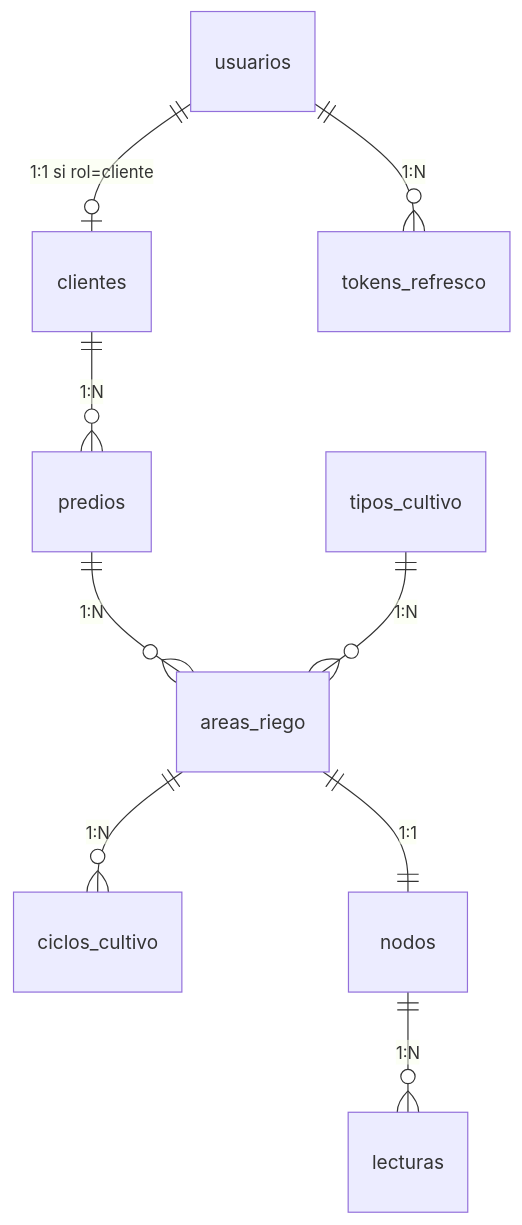
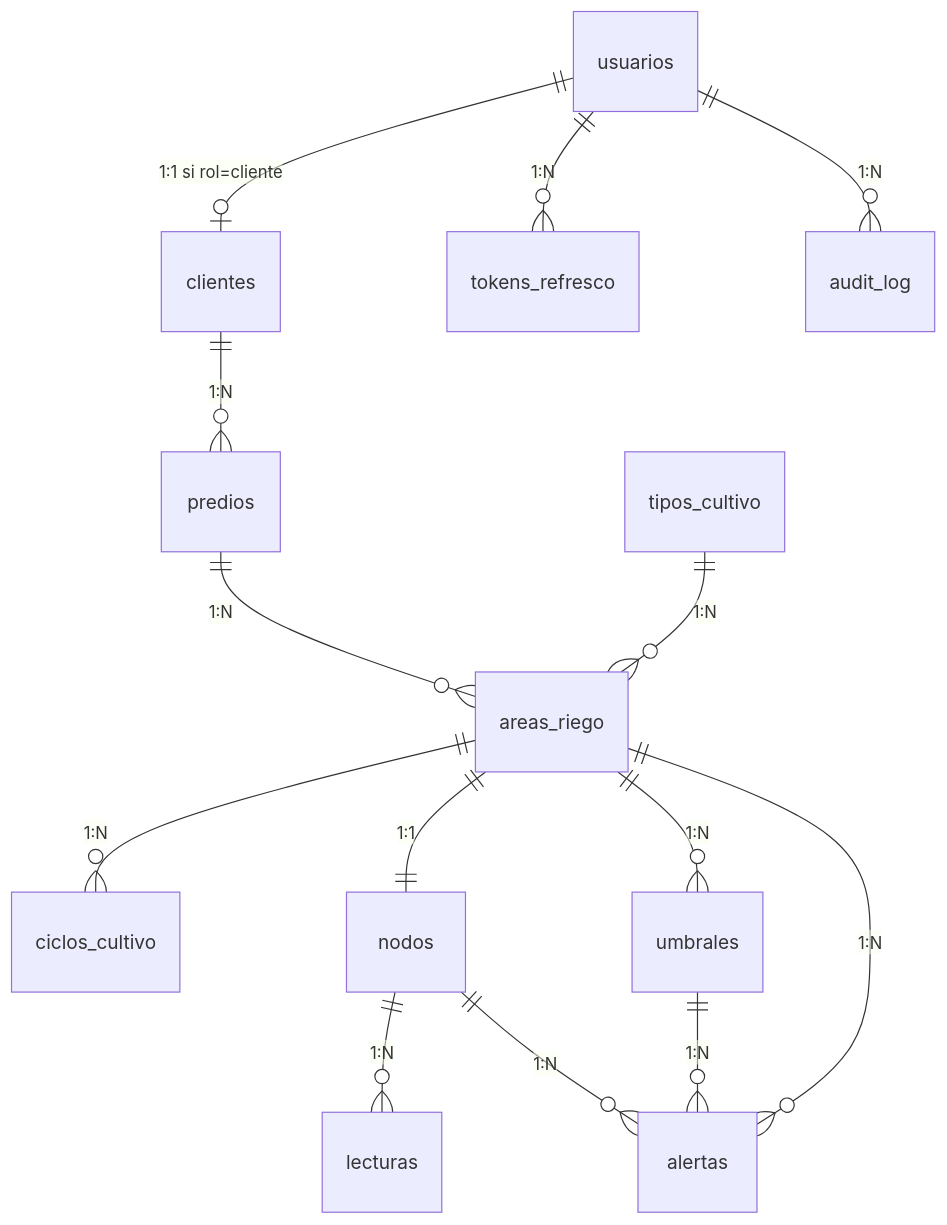
One commit to Alanzphy/IoT_Sensors changed the diagram in docs/documentacion_base_de_datos.md. Above: the diagram before and after it, drawn with Mermaid. The commit also changed other lines of this file and 42 other files, not shown here.

````diff
--- a/docs/documentacion_base_de_datos.md
+++ b/docs/documentacion_base_de_datos.md
@@ -37,11 +38,16 @@
 ```mermaid
 erDiagram
     usuarios ||--o| clientes : "1:1 si rol=cliente"
     usuarios ||--o{ tokens_refresco : "1:N"
+    usuarios ||--o{ audit_log : "1:N"
     clientes ||--o{ predios : "1:N"
     predios ||--o{ areas_riego : "1:N"
     tipos_cultivo ||--o{ areas_riego : "1:N"
     areas_riego ||--o{ ciclos_cultivo : "1:N"
     areas_riego ||--|| nodos : "1:1"
+    areas_riego ||--o{ umbrales : "1:N"
+    areas_riego ||--o{ alertas : "1:N"
     nodos ||--o{ lecturas : "1:N"
+    nodos ||--o{ alertas : "1:N"
+    umbrales ||--o{ alertas : "1:N"
 ```
````
